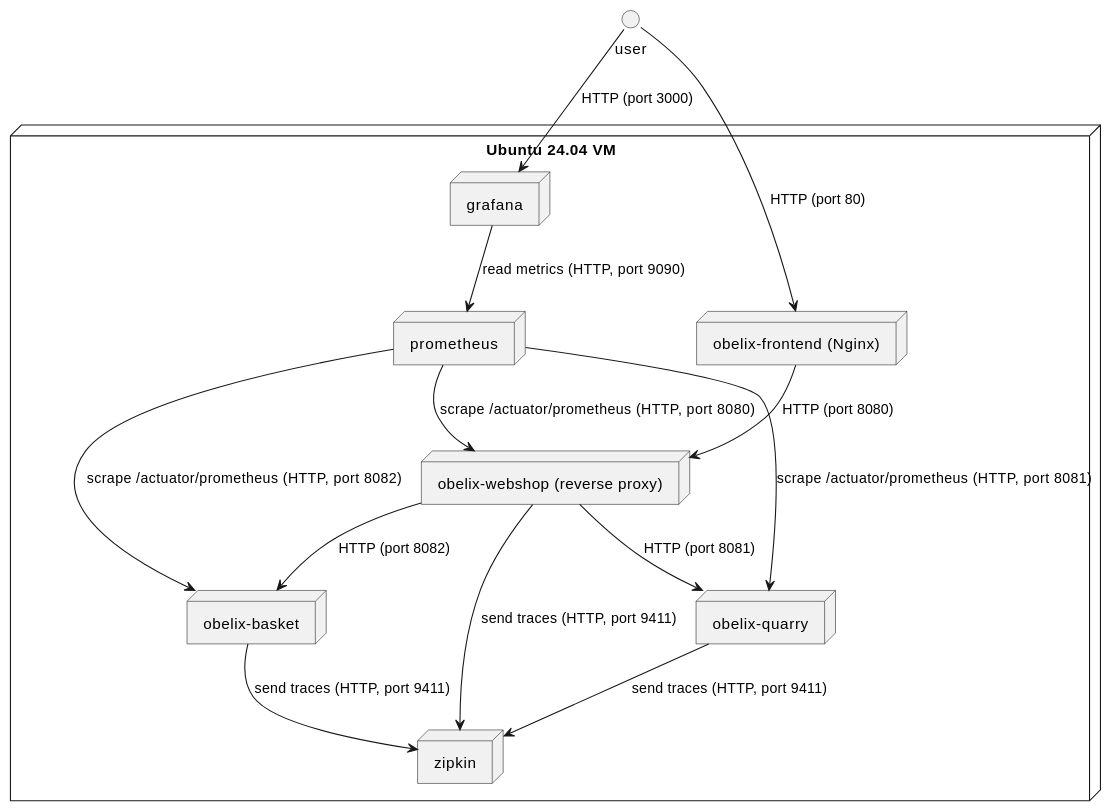
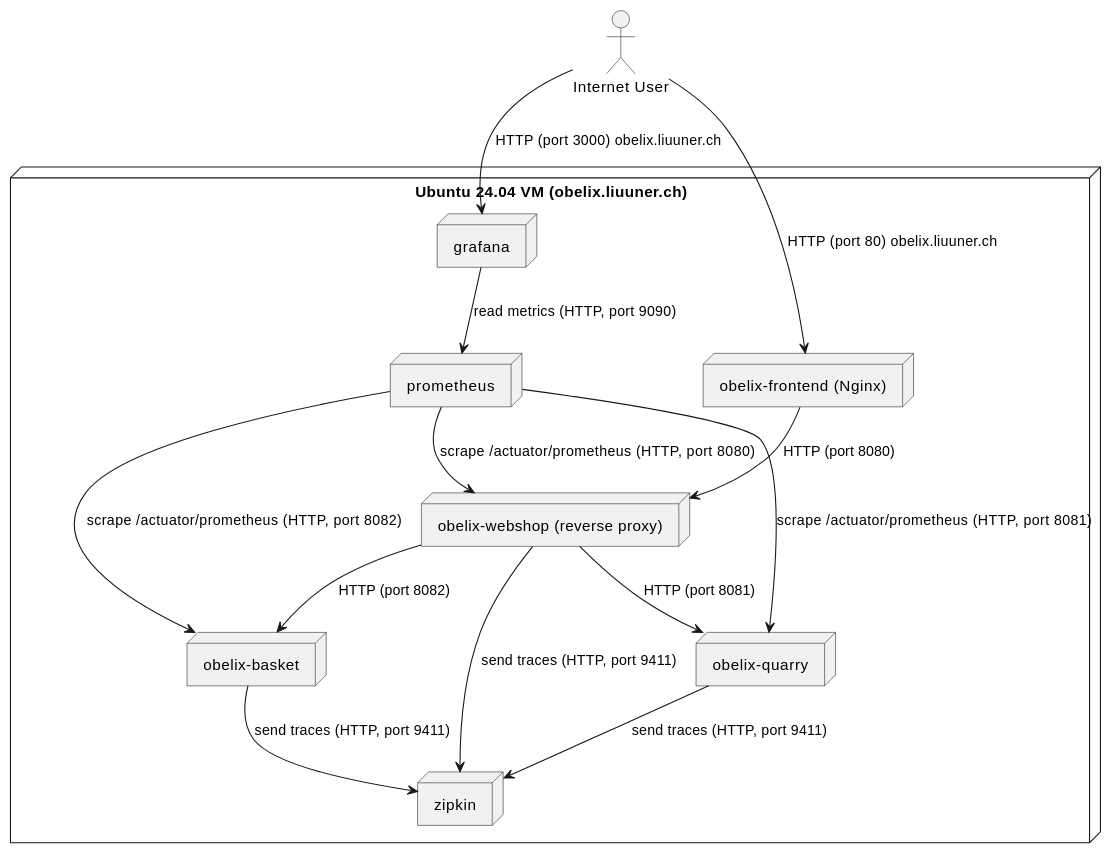
One commit to Juschwy/m321-obelix-webshop-mvk changed the second of 2 diagrams in docs/arc42/07_deployment_view.adoc. Above: the diagram before and after it, drawn with PlantUML. The commit also changed other lines of this file and 7 other files, not shown here.

```diff
--- a/docs/arc42/07_deployment_view.adoc
+++ b/docs/arc42/07_deployment_view.adoc
@@ -88,31 +134,32 @@
 [plantuml, infra-element1, svg]
 ----
 @startuml
-node "Ubuntu 24.04 VM" {
+node "Ubuntu 24.04 VM (obelix.liuuner.ch)" {
   node "obelix-frontend (Nginx)" as frontend
   node "obelix-webshop (reverse proxy)" as webshop
   node "obelix-basket" as basket
   node "obelix-quarry" as quarry
   node "zipkin" as zipkin
   node "prometheus" as prometheus
   node "grafana" as grafana
 }
 ' External access
-user --> frontend : HTTP (port 80)
-user --> grafana : HTTP (port 3000)
+actor "Internet User" as user
+user --> frontend : HTTP (port 80) obelix.liuuner.ch
+user --> grafana : HTTP (port 3000) obelix.liuuner.ch
 
 ' App traffic
 frontend --> webshop : HTTP (port 8080)
 webshop --> basket : HTTP (port 8082)
 webshop --> quarry : HTTP (port 8081)
 
 ' Monitoring and tracing
 prometheus --> webshop : scrape /actuator/prometheus (HTTP, port 8080)
 prometheus --> basket : scrape /actuator/prometheus (HTTP, port 8082)
 prometheus --> quarry : scrape /actuator/prometheus (HTTP, port 8081)
 grafana --> prometheus : read metrics (HTTP, port 9090)
 webshop --> zipkin : send traces (HTTP, port 9411)
 basket --> zipkin : send traces (HTTP, port 9411)
 quarry --> zipkin : send traces (HTTP, port 9411)
 @enduml
 ----
```
